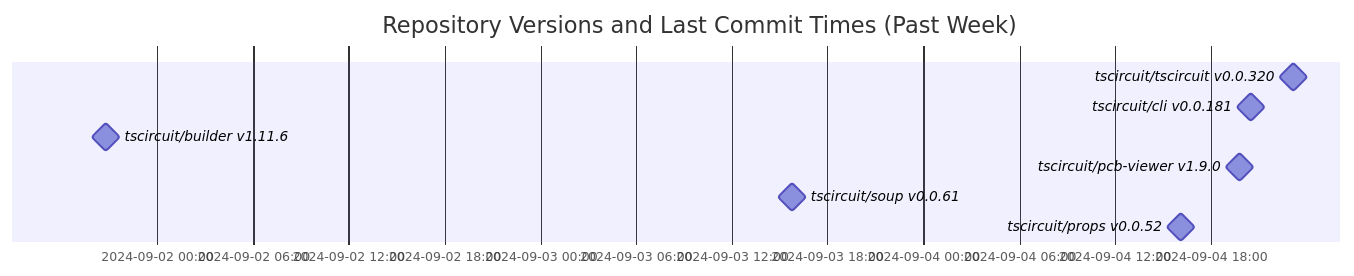
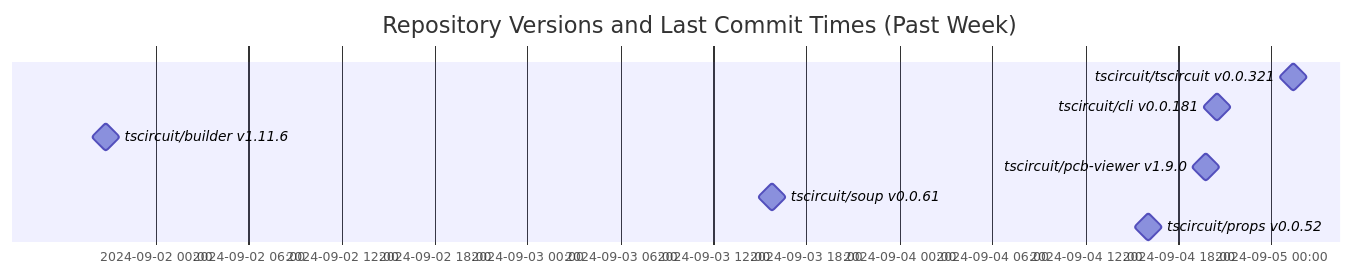
Before and after one commit to tscircuit/version-tracker: the diagram in README.md, drawn with Mermaid.

Commit message:
Update chart

````diff
--- a/README.md
+++ b/README.md
@@ -1,13 +1,13 @@
 ```mermaid
 gantt
   dateFormat  YYYY-MM-DD HH:mm:ss
   title Repository Versions and Last Commit Times (Past Week)
   axisFormat %Y-%m-%d %H:%M
 
-  tscircuit/tscircuit v0.0.320 : milestone, 2024-09-04 23:09:26, 1s
+  tscircuit/tscircuit v0.0.321 : milestone, 2024-09-05 01:24:51, 1s
   tscircuit/cli v0.0.181 : milestone, 2024-09-04 20:28:40, 1s
   tscircuit/builder v1.11.6 : milestone, 2024-09-01 20:47:46, 1s
   tscircuit/pcb-viewer v1.9.0 : milestone, 2024-09-04 19:45:38, 1s
   tscircuit/soup v0.0.61 : milestone, 2024-09-03 15:44:43, 1s
   tscircuit/props v0.0.52 : milestone, 2024-09-04 16:05:55, 1s
 ```
````
